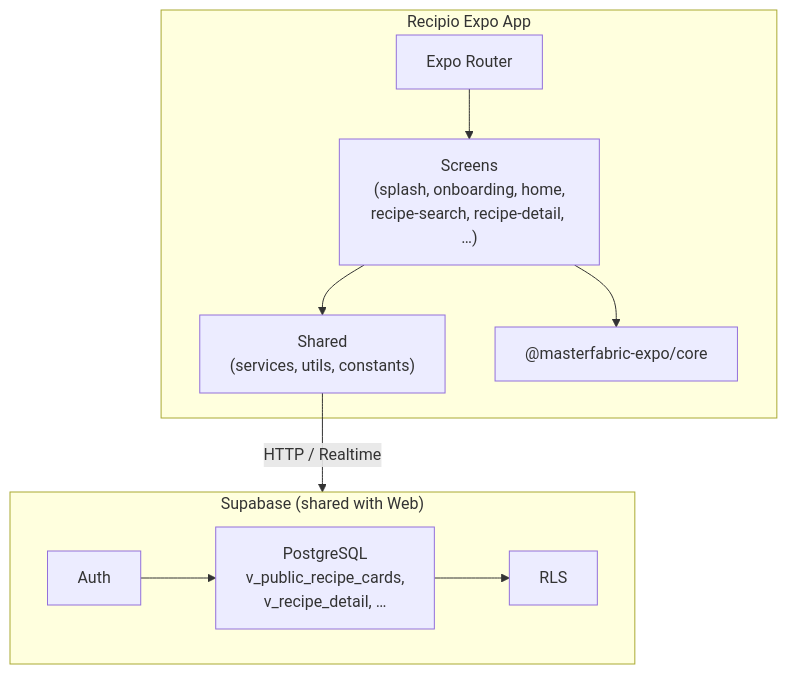
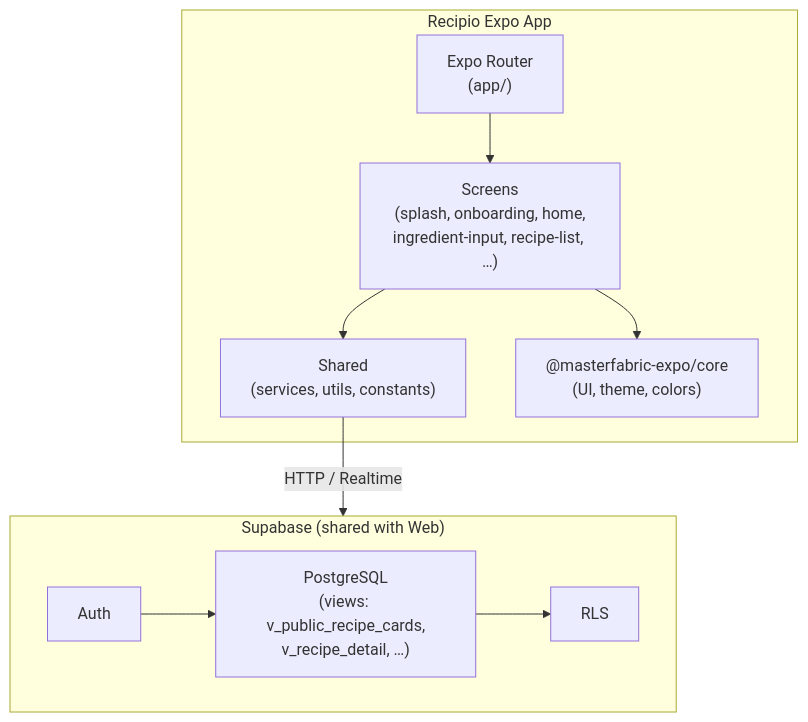
One commit to masterfabric-mobile/masterfabric-expo changed the first of 2 diagrams in docs/projects/recipio/README.md. Above: the diagram before and after it, drawn with Mermaid. The commit also changed other lines of this file and 115 other files, not shown here.

````diff
--- a/docs/projects/recipio/README.md
+++ b/docs/projects/recipio/README.md
@@ -152,22 +71,22 @@
 ```mermaid
 flowchart TB
   subgraph Client["Recipio Expo App"]
-    Router["Expo Router"]
-    Screens["Screens\n(splash, onboarding, home,\nrecipe-search, recipe-detail, …)"]
+    Router["Expo Router\n(app/)"]
+    Screens["Screens\n(splash, onboarding, home,\ningredient-input, recipe-list, …)"]
     Shared["Shared\n(services, utils, constants)"]
-    Core["@masterfabric-expo/core"]
+    Core["@masterfabric-expo/core\n(UI, theme, colors)"]
     Router --> Screens
     Screens --> Shared
     Screens --> Core
   end
 
   subgraph Backend["Supabase (shared with Web)"]
     Auth["Auth"]
-    DB["PostgreSQL\nv_public_recipe_cards,\nv_recipe_detail, …"]
+    DB["PostgreSQL\n(views: v_public_recipe_cards,\nv_recipe_detail, …)"]
     RLS["RLS"]
     Auth --> DB
     DB --> RLS
   end
 
   Shared -->|HTTP / Realtime| Backend
 ```
````
